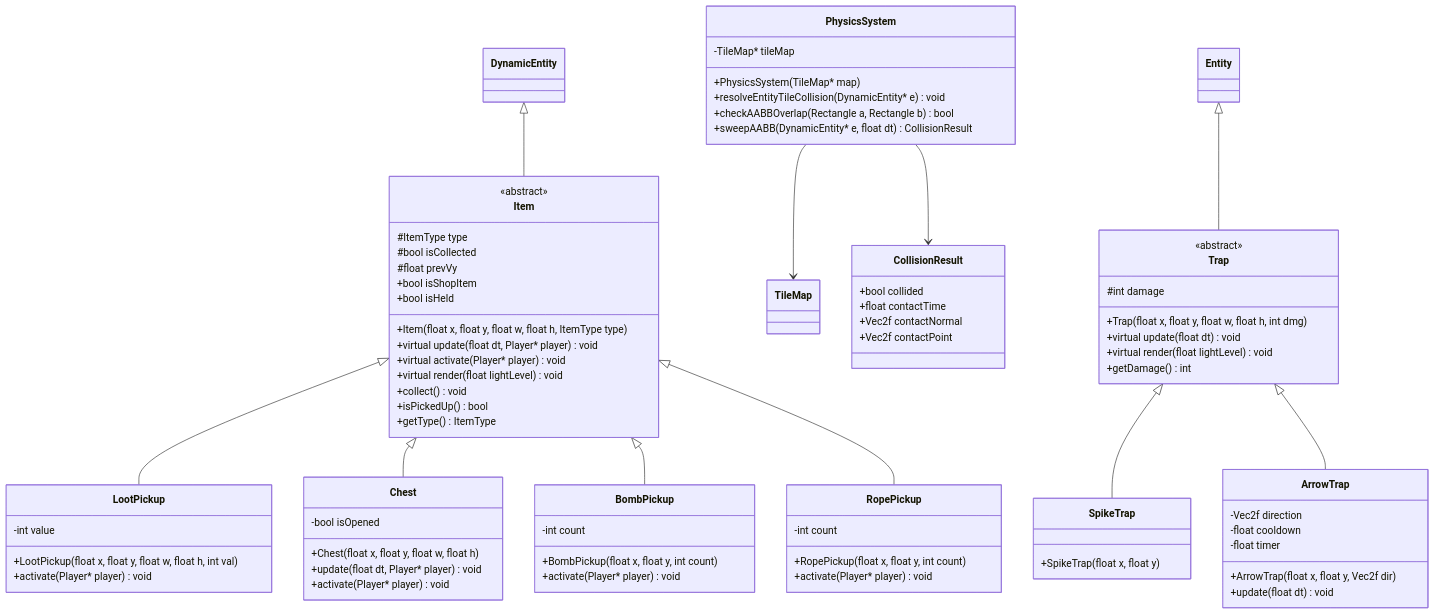
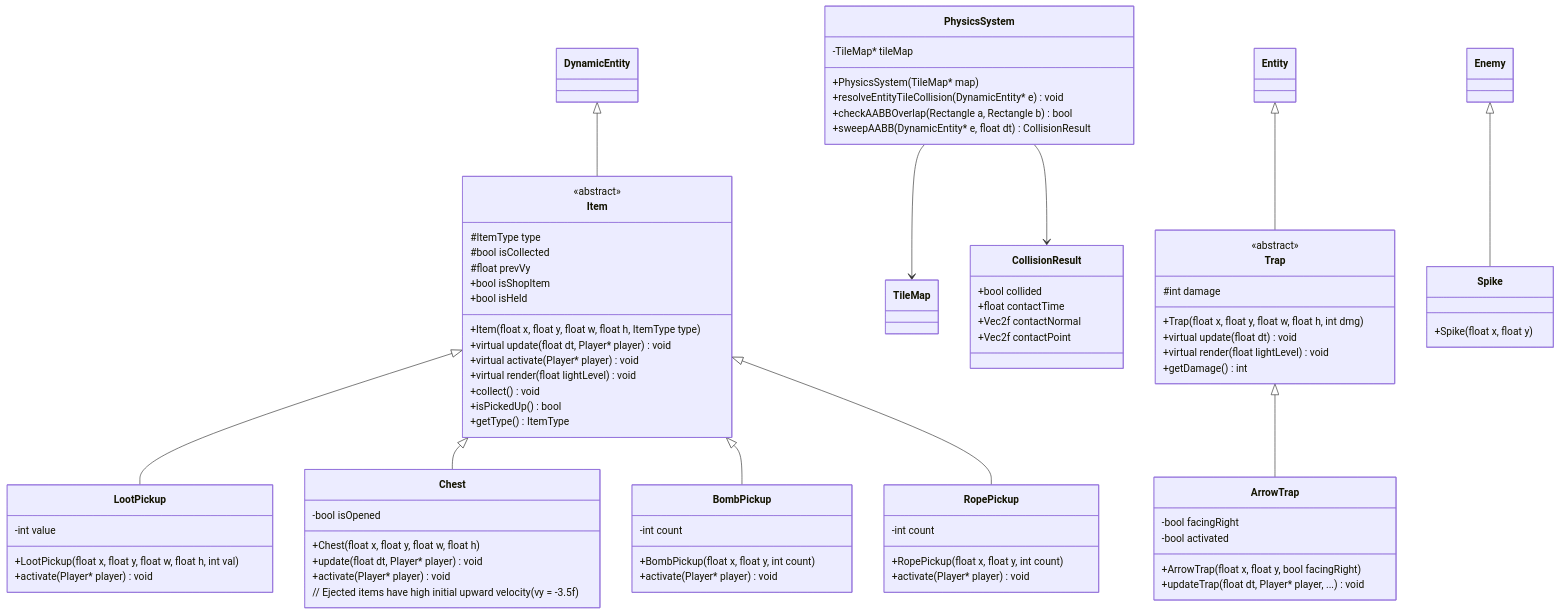
Before and after one commit to Gasmask-Chan/CS202-Cavern-Descent: the seventh of 8 diagrams in project_plan.md, drawn with Mermaid. The commit also changed other lines of this file and 10 other files, not shown here.

Commit message:
refactor: refactor Spike as Enemy, implement Line of Sight for ArrowTrap, increase Chest bounce, update plan

```diff
--- a/project_plan.md
+++ b/project_plan.md
@@ -1109,6 +1109,7 @@
         +Chest(float x, float y, float w, float h)
         +update(float dt, Player* player) void
         +activate(Player* player) void
+        // Ejected items have high initial upward velocity (vy = -3.5f)
     }
 
     class BombPickup {
@@ -1132,16 +1133,15 @@
         +getDamage() int
     }
 
-    class SpikeTrap {
-        +SpikeTrap(float x, float y)
+    class Spike {
+        +Spike(float x, float y)
     }
 
     class ArrowTrap {
-        -Vec2f direction
-        -float cooldown
-        -float timer
-        +ArrowTrap(float x, float y, Vec2f dir)
-        +update(float dt) void
+        -bool facingRight
+        -bool activated
+        +ArrowTrap(float x, float y, bool facingRight)
+        +updateTrap(float dt, Player* player, ...) void
     }
 
     DynamicEntity <|-- Item
@@ -1150,7 +1150,7 @@
     Item <|-- BombPickup
     Item <|-- RopePickup
     Entity <|-- Trap
-    Trap <|-- SpikeTrap
+    Enemy <|-- Spike
     Trap <|-- ArrowTrap
     PhysicsSystem --> TileMap
     PhysicsSystem --> CollisionResult
```
